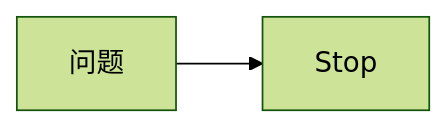
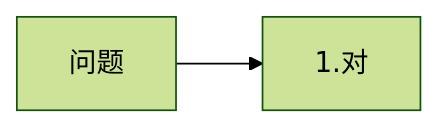
Before and after one commit to yingjianzh/iodraw-files: the diagram in all/组件数据存储-1.md, drawn with Mermaid (forest theme).

Commit message:
2025-02-14 10:33:28 update

````diff
--- a/all/组件数据存储-1.md
+++ b/all/组件数据存储-1.md
@@ -1,6 +1,6 @@
 ```mermaid
 flowchart LR
-    问题 --> Stop
+    问题 --> 1.对
     
   
 ```
````
